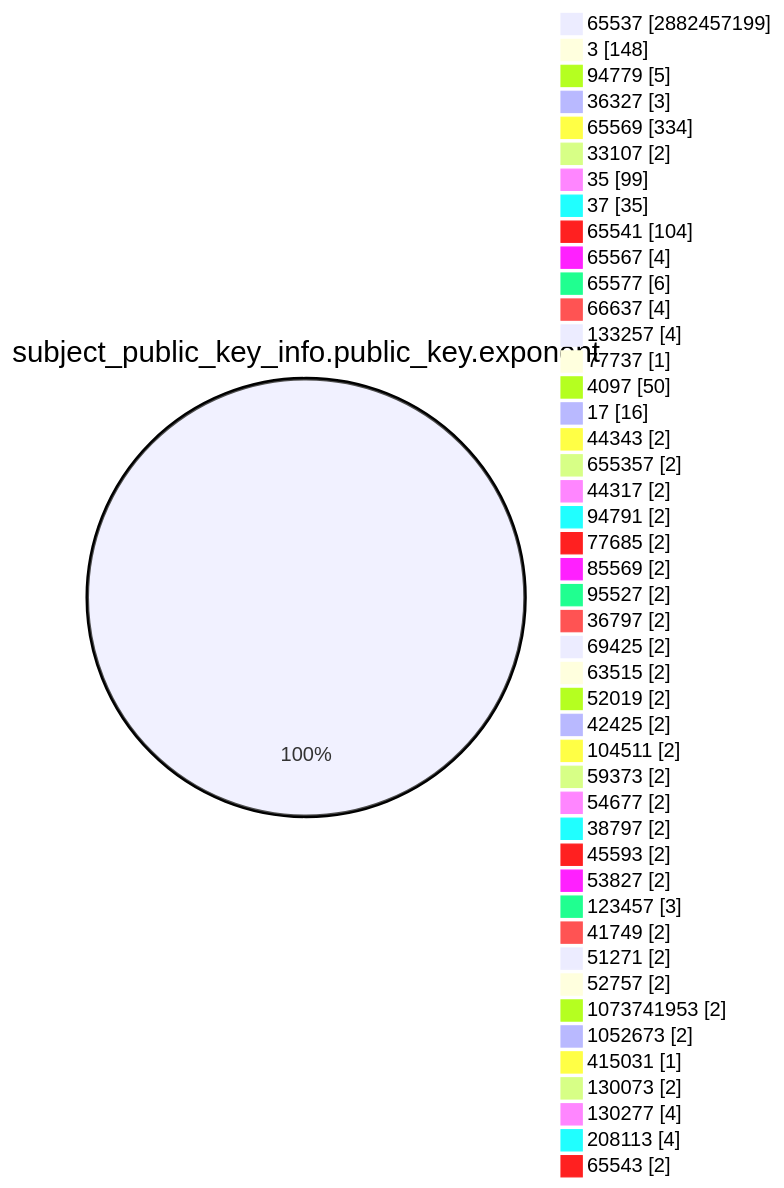
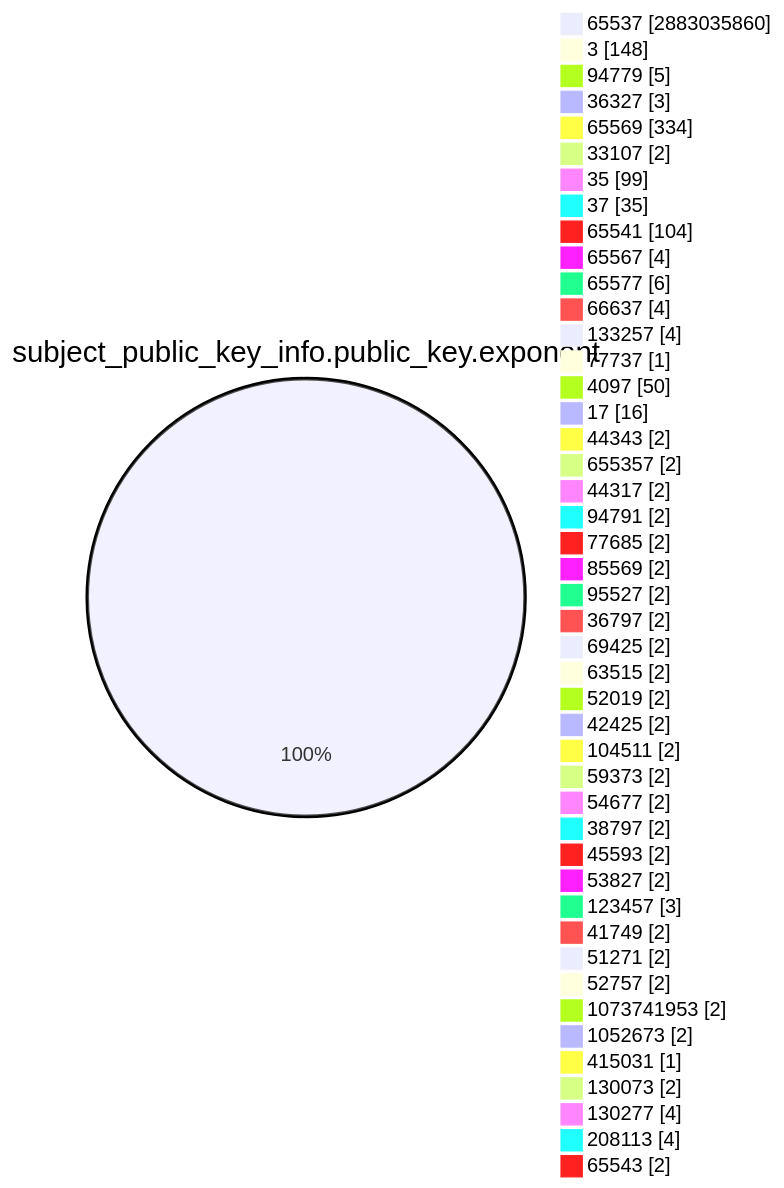
The fourth of 15 diagrams in TOTAL/README.md (christiankrug/ctmonitor_visualization), drawn with Mermaid before and after one commit. The commit also changed other lines of this file, not shown here.

````diff
--- a/TOTAL/README.md
+++ b/TOTAL/README.md
@@ -1468,49 +1468,49 @@
 ```mermaid
 pie showData
 title subject_public_key_info.public_key.exponent
-"65537" :2882457199
+"65537" :2883035860
 "3" :148
 "94779" :5
 "36327" :3
 "65569" :334
 "33107" :2
 "35" :99
 "37" :35
 "65541" :104
 "65567" :4
 "65577" :6
 "66637" :4
 "133257" :4
 "77737" :1
 "4097" :50
 "17" :16
 "44343" :2
 "655357" :2
 "44317" :2
 "94791" :2
 "77685" :2
 "85569" :2
 "95527" :2
 "36797" :2
 "69425" :2
 "63515" :2
 "52019" :2
 "42425" :2
 "104511" :2
 "59373" :2
 "54677" :2
 "38797" :2
 "45593" :2
 "53827" :2
 "123457" :3
 "41749" :2
 "51271" :2
 "52757" :2
 "1073741953" :2
 "1052673" :2
 "415031" :1
 "130073" :2
 "130277" :4
 "208113" :4
 "65543" :2
 ```
````
